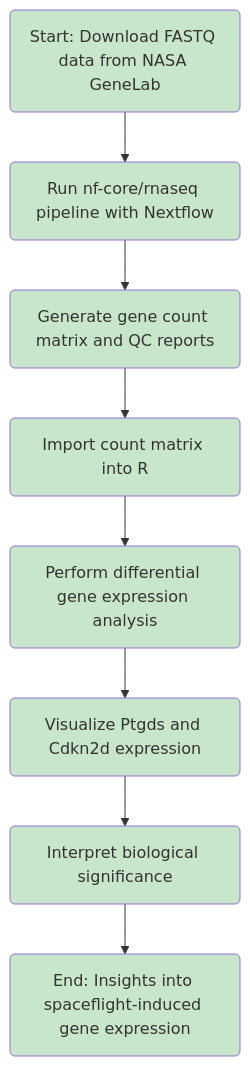
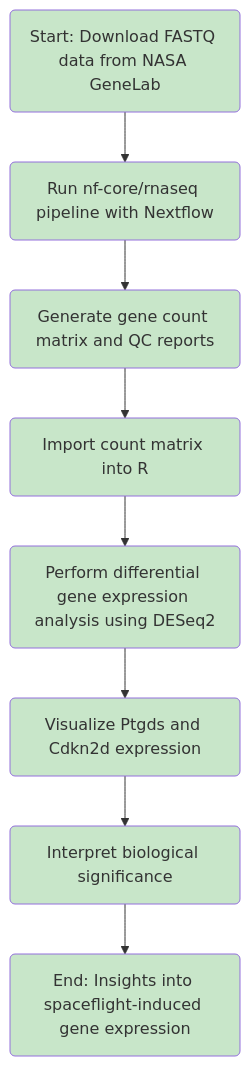
One commit to jayclarke9/BCHM5420A-Project changed the diagram in README.md. Above: the diagram before and after it, drawn with Mermaid.

````diff
--- a/README.md
+++ b/README.md
@@ -11,19 +11,19 @@
 ```mermaid
 flowchart TD
     A("Start: Download FASTQ data from NASA GeneLab") --> B("Run nf-core/rnaseq pipeline with Nextflow")
     B --> C("Generate gene count matrix and QC reports")
     C --> D("Import count matrix into R")
-    D --> E("Perform differential gene expression analysis")
+    D --> E("Perform differential gene expression analysis using DESeq2")
     E --> F("Visualize Ptgds and Cdkn2d expression")
     F --> G("Interpret biological significance")
     G --> H("End: Insights into spaceflight-induced gene expression")
 
     style A fill:#C8E6C9
     style B fill:#C8E6C9
     style C fill:#C8E6C9
     style D fill:#C8E6C9
     style E fill:#C8E6C9
     style F fill:#C8E6C9
     style G fill:#C8E6C9
     style H fill:#C8E6C9
   ```
````
